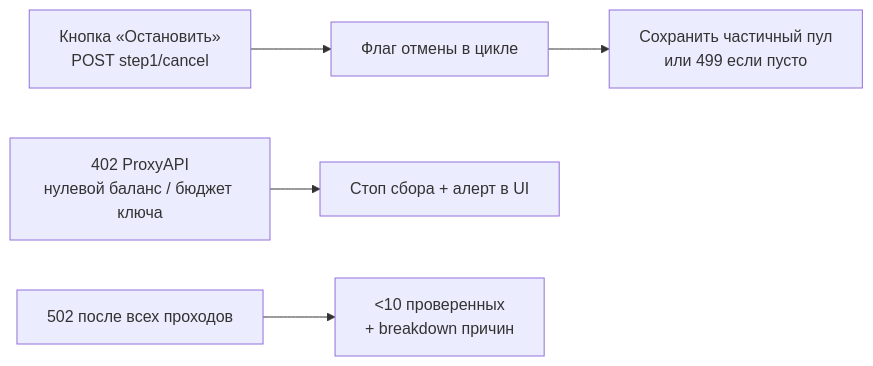
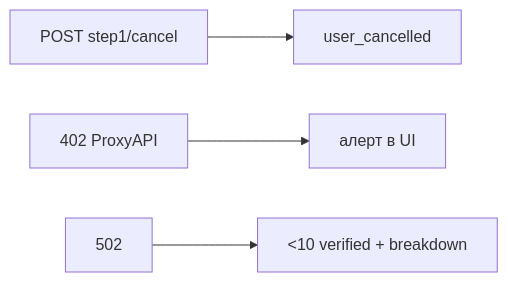
One commit to Ardierous/NewsAI changed the fifth of 5 diagrams in docs/STEP1_SEARCH_FLOWCHART.md. Above: the diagram before and after it, drawn with Mermaid. The commit also changed other lines of this file and 10 other files, not shown here.

````diff
--- a/docs/STEP1_SEARCH_FLOWCHART.md
+++ b/docs/STEP1_SEARCH_FLOWCHART.md
@@ -214,9 +191,6 @@
 ```mermaid
 flowchart LR
-    A["Кнопка «Остановить»<br/>POST step1/cancel"] --> B["Флаг отмены в цикле"]
-    B --> C["Сохранить частичный пул<br/>или 499 если пусто"]
-
-    D["402 ProxyAPI<br/>нулевой баланс / бюджет ключа"] --> E["Стоп сбора + алерт в UI"]
-
-    F["502 после всех проходов"] --> G["&lt;10 проверенных<br/>+ breakdown причин"]
+    A["POST step1/cancel"] --> B["user_cancelled"]
+    D["402 ProxyAPI"] --> E["алерт в UI"]
+    F["502"] --> G["<10 verified + breakdown"]
 ```
````
